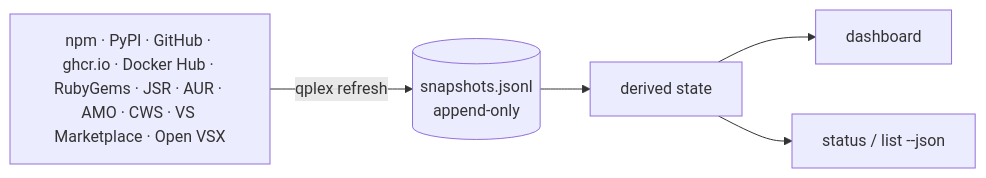
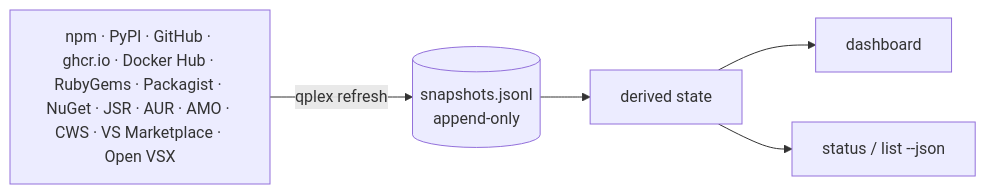
The diagram in README.md (shbernal/quadraplex), drawn with Mermaid before and after one commit. The commit also changed other lines of this file and 27 other files, not shown here.

Commit message:
feat: Packagist and NuGet ecosystems (#5)

````diff
--- a/README.md
+++ b/README.md
@@ -115,7 +117,7 @@
 ```mermaid
 flowchart LR
-  R[npm · PyPI · GitHub · ghcr.io · Docker Hub · RubyGems · JSR · AUR · AMO · CWS · VS Marketplace · Open VSX] -->|qplex refresh| S[(snapshots.jsonl<br>append-only)]
+  R[npm · PyPI · GitHub · ghcr.io · Docker Hub · RubyGems · Packagist · NuGet · JSR · AUR · AMO · CWS · VS Marketplace · Open VSX] -->|qplex refresh| S[(snapshots.jsonl<br>append-only)]
   S --> D[derived state]
   D --> T[dashboard]
   D --> J[status / list --json]
 ```
````
